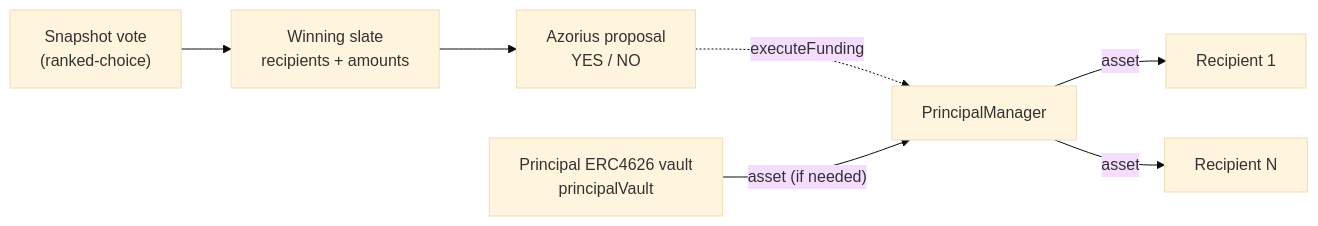
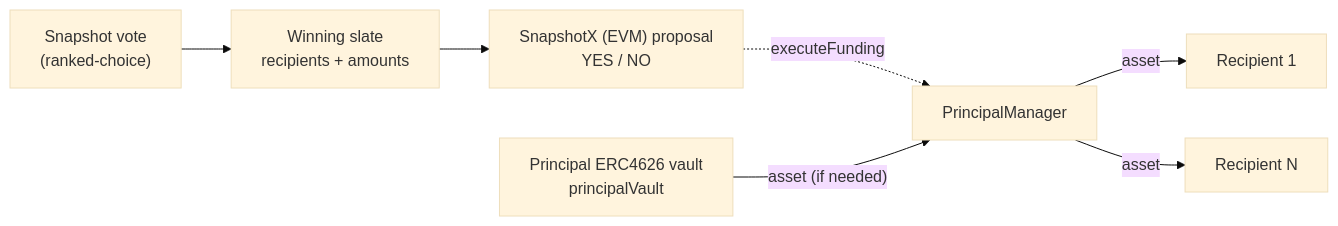
Before and after one commit to shutter-network/perpetual-endowment-network: the third of 4 diagrams in docs/flows.md, drawn with Mermaid (base theme). The commit also changed other lines of this file and 29 other files, not shown here.

````diff
--- a/docs/flows.md
+++ b/docs/flows.md
@@ -62,17 +62,17 @@
 ```mermaid
 flowchart LR
   SNAP["Snapshot vote<br/>(ranked-choice)"]
   WIN["Winning slate<br/>recipients + amounts"]
-  AZ["Azorius proposal<br/>YES / NO"]
+  AZ["SnapshotX (EVM) proposal<br/>YES / NO"]
   PM["PrincipalManager"]
   PV["Principal ERC4626 vault<br/>principalVault"]
   R1["Recipient 1"]
   Rn["Recipient N"]
 
   SNAP --> WIN --> AZ
   AZ -. "executeFunding" .-> PM
 
   PV -- "asset (if needed)" --> PM
   PM -- "asset" --> R1
   PM -- "asset" --> Rn
 ```
````
